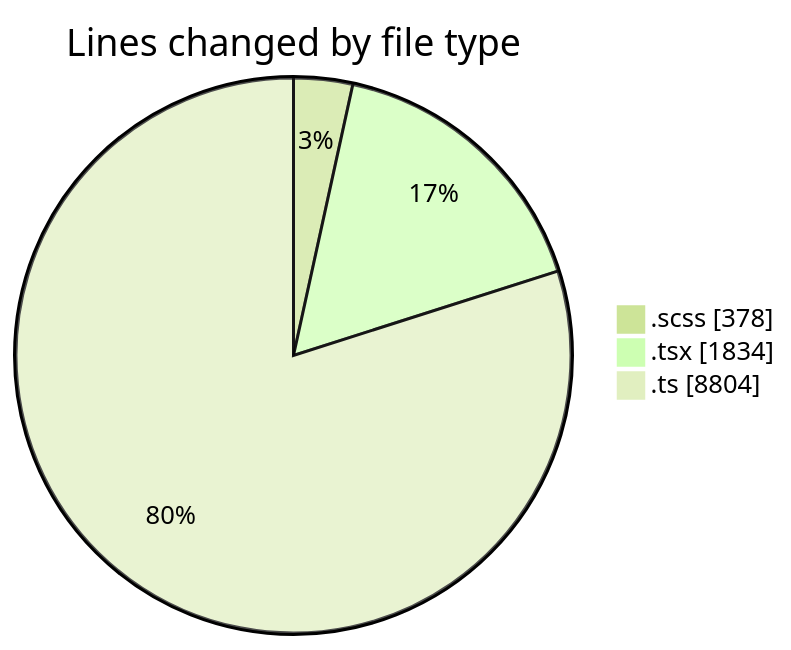
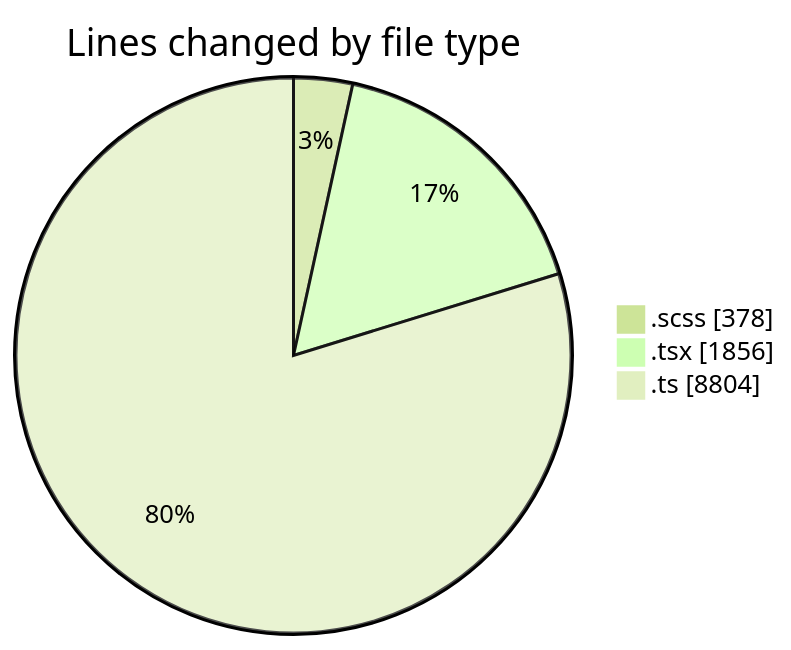
One commit to momahboobian/code-tracking changed the first of 2 diagrams in 2025-03-04/cda/README.md. Above: the diagram before and after it, drawn with Mermaid (forest theme). The commit also changed other lines of this file and 1 other file, not shown here.

````diff
--- a/2025-03-04/cda/README.md
+++ b/2025-03-04/cda/README.md
@@ -38,7 +38,7 @@
 ```mermaid
 pie showData
 title Lines changed by file type
 ".scss" : 378
-".tsx" : 1834
+".tsx" : 1856
 ".ts" : 8804
 ```
````
